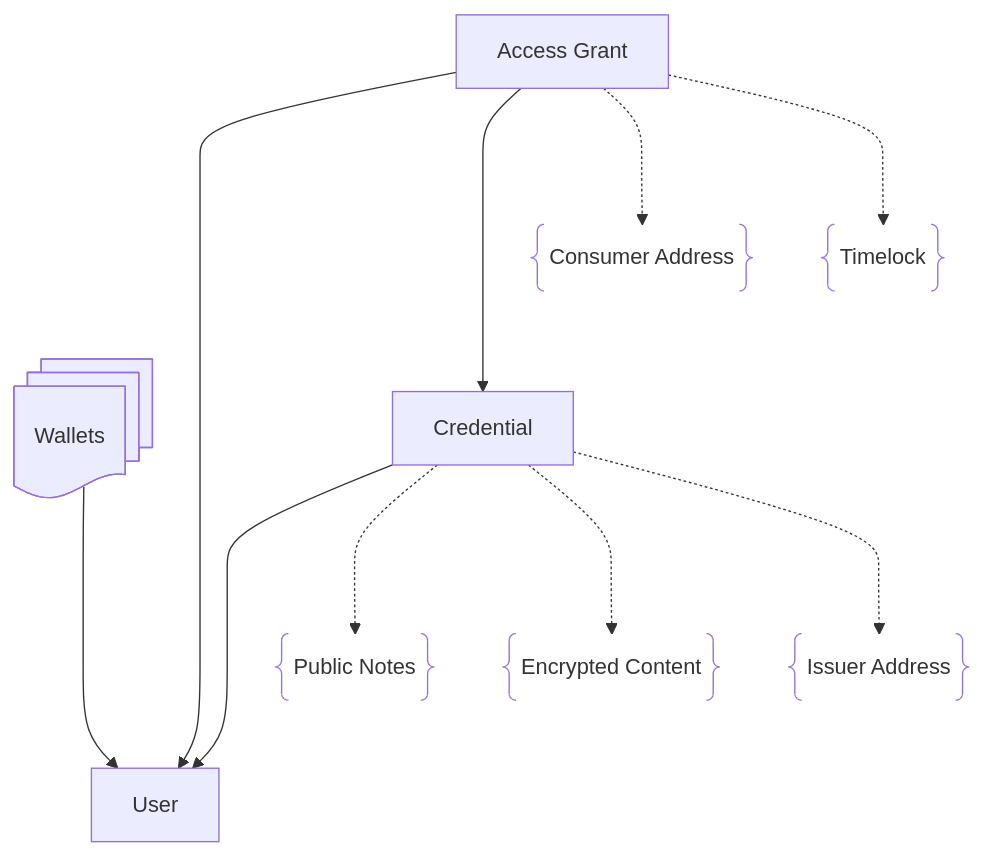
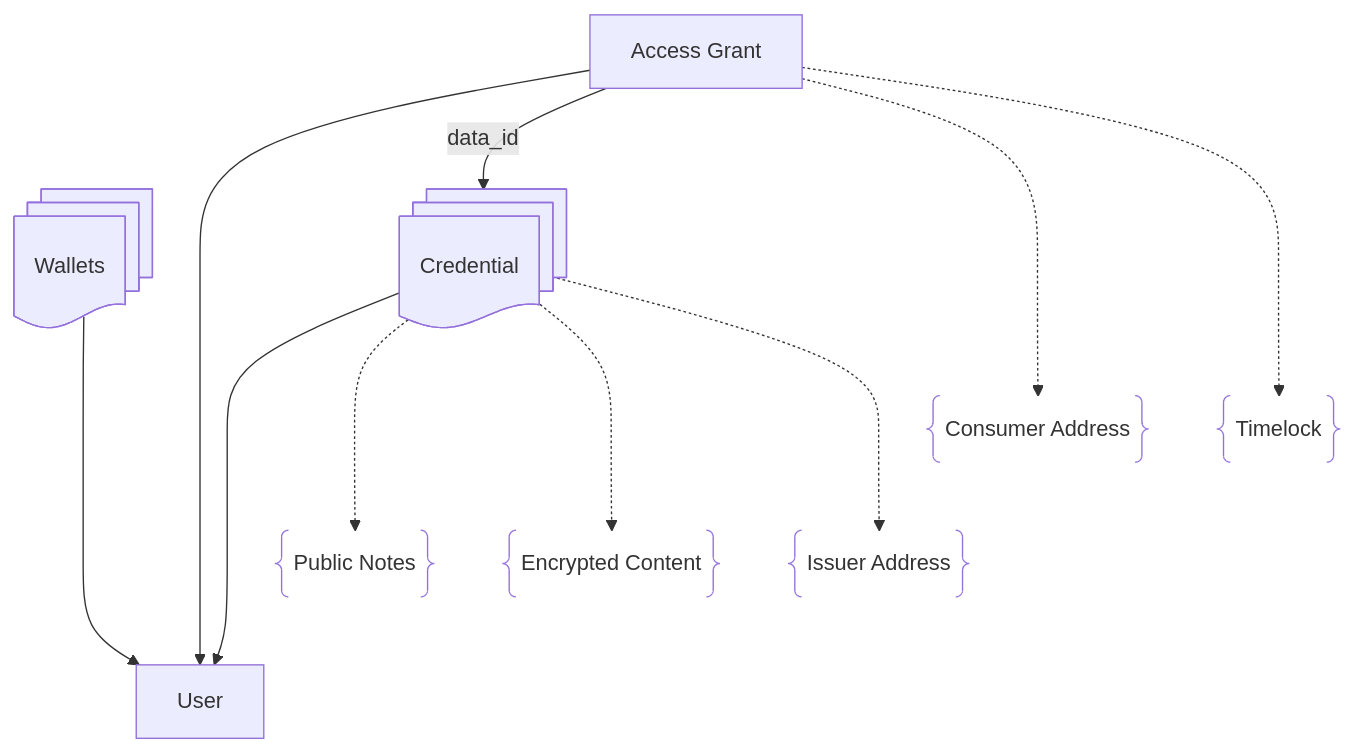
One commit to idos-network/idos-sdk-js changed the diagram in docs/README.md. Above: the diagram before and after it, drawn with Mermaid. The commit also changed other lines of this file, not shown here.

````diff
--- a/docs/README.md
+++ b/docs/README.md
@@ -15,22 +20,22 @@
 ```mermaid
 graph TB
-    User@{}
+    User@{label: "User"}
     Wallets@{shape: docs}
-    Credential@{}
+    Credential@{shape: docs, label: "Credential"}
     PublicNotes@{shape: braces, label: "Public Notes"}
     EncryptedContent@{shape: braces, label: "Encrypted Content"}
     IssuerAddress@{shape: braces, label: "Issuer Address"}
     AccessGrant@{label: "Access Grant"}
     ConsumerAddress@{shape: braces, label: "Consumer Address"}
-    Timelock@{shape: braces}
+    Timelock@{shape: braces, label: "Timelock"}
 
     Wallets     ----> User
     Credential  ----> User
     Credential  -..-> PublicNotes
     Credential  -..-> EncryptedContent
     Credential  -..-> IssuerAddress
     AccessGrant ----> User
-    AccessGrant ----> Credential
+    AccessGrant --data_id--> Credential
     AccessGrant -..-> ConsumerAddress
     AccessGrant -..-> Timelock
 ```
````
